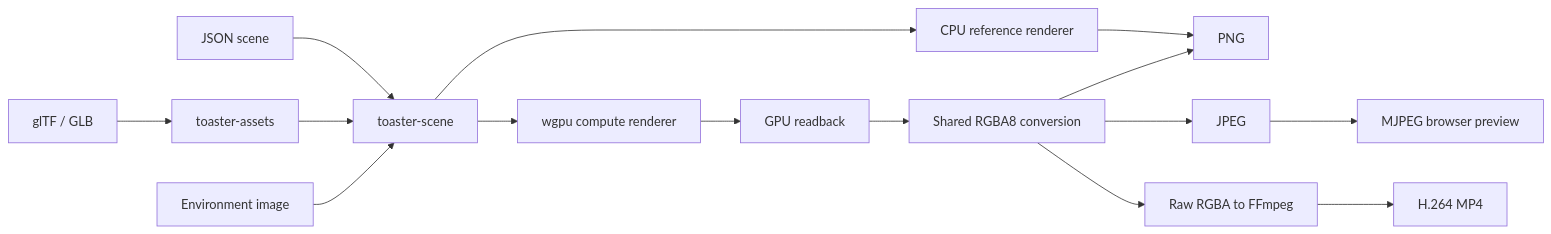
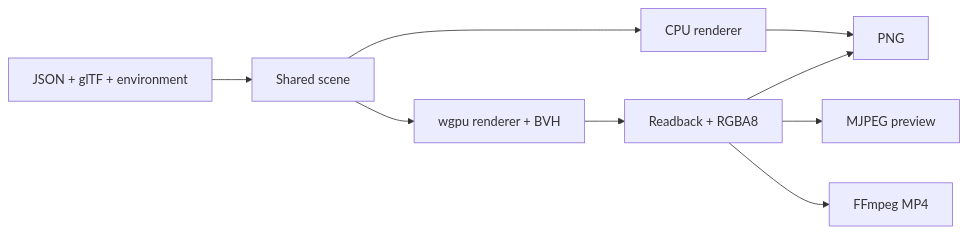
The diagram in README.md (youngpark1516/toaster), drawn with Mermaid before and after one commit. The commit also changed other lines of this file and 15 other files, not shown here.

````diff
--- a/README.md
+++ b/README.md
@@ -34,18 +26,11 @@
 ```mermaid
 flowchart LR
-    JSON[JSON scene] --> Scene[toaster-scene]
-    GLTF[glTF / GLB] --> Assets[toaster-assets]
-    Assets --> Scene
-    Env[Environment image] --> Scene
-
-    Scene --> CPU[CPU reference renderer]
-    Scene --> GPU[wgpu compute renderer]
-    CPU --> PNG[PNG]
-    GPU --> Readback[GPU readback]
-    Readback --> RGBA[Shared RGBA8 conversion]
-    RGBA --> PNG
-    RGBA --> JPEG[JPEG]
-    JPEG --> Browser[MJPEG browser preview]
-    RGBA --> FFmpeg[Raw RGBA to FFmpeg]
-    FFmpeg --> MP4[H.264 MP4]
+    Inputs[JSON + glTF + environment] --> Scene[Shared scene]
+    Scene --> CPU[CPU renderer]
+    Scene --> GPU[wgpu renderer + BVH]
+    CPU --> PNG
+    GPU --> Readback[Readback + RGBA8]
+    Readback --> PNG
+    Readback --> Preview[MJPEG preview]
+    Readback --> FFmpeg[FFmpeg MP4]
 ```
````
